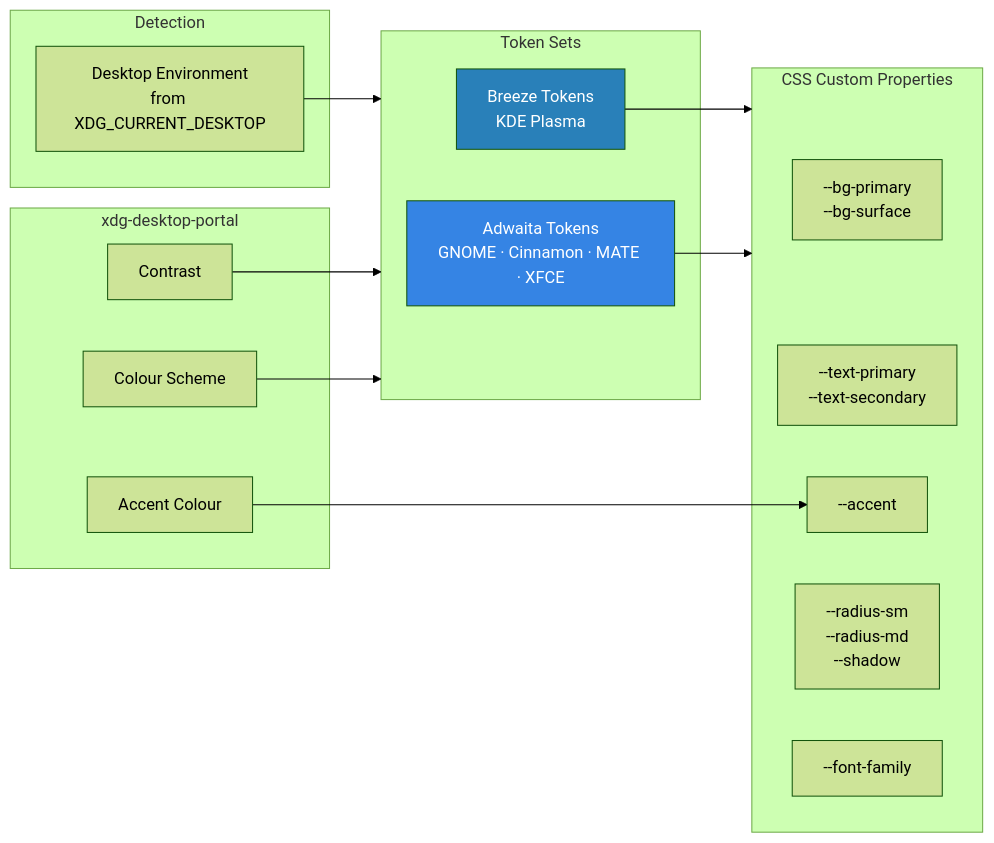
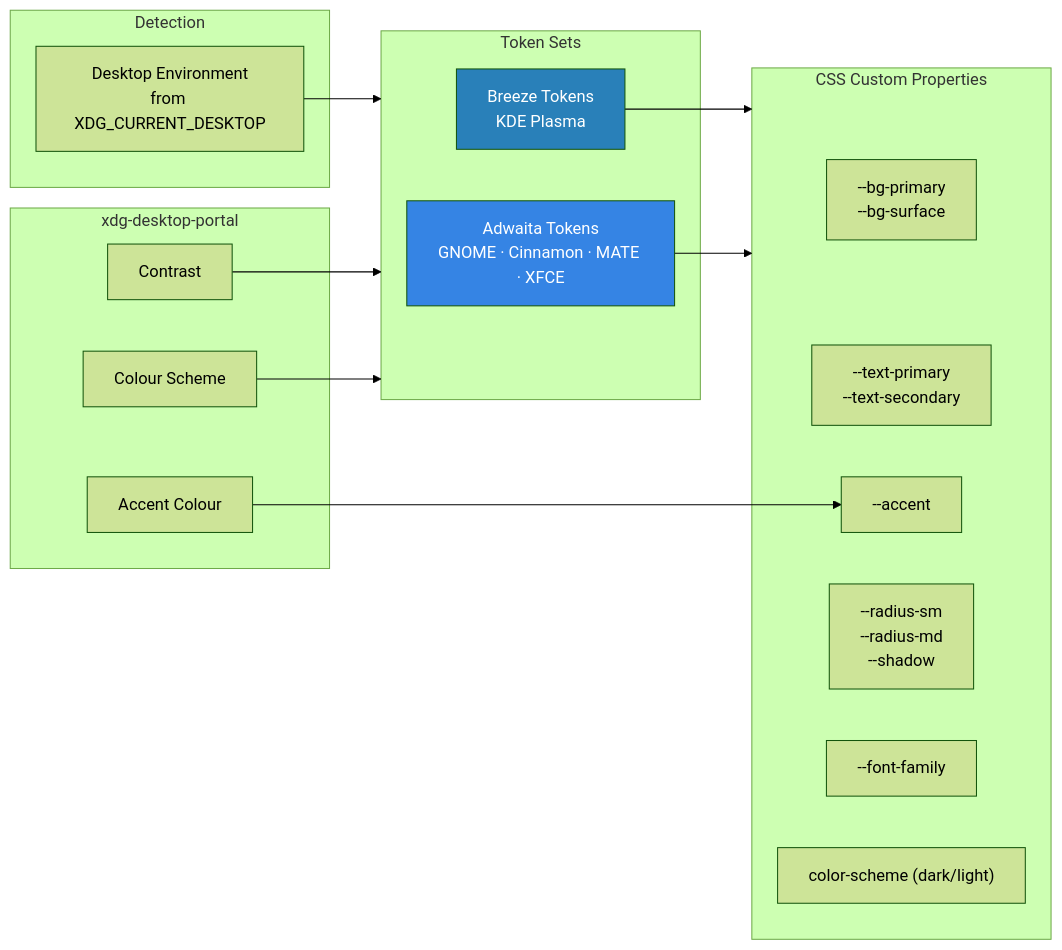
The tenth of 10 diagrams in docs/architecture.md (liminal-hq/emoji-nook), drawn with Mermaid (forest theme) before and after one commit. The commit also changed other lines of this file and 6 other files, not shown here.

First line of the commit message:
docs: update architecture and add animated SVG diagrams

````diff
--- a/docs/architecture.md
+++ b/docs/architecture.md
@@ -260,36 +402,37 @@
 ```mermaid
 graph LR
     subgraph Portal["xdg-desktop-portal"]
         CS[Colour Scheme]
         AC[Accent Colour]
         CO[Contrast]
     end
 
     subgraph Detection
-        DE[Desktop Environment<br/>from XDG_CURRENT_DESKTOP]
+        DE["Desktop Environment<br/>from XDG_CURRENT_DESKTOP"]
     end
 
     subgraph TokenSets["Token Sets"]
         Adwaita["Adwaita Tokens<br/>GNOME · Cinnamon · MATE · XFCE"]
         Breeze["Breeze Tokens<br/>KDE Plasma"]
     end
 
     subgraph CSSProps["CSS Custom Properties"]
         BG["--bg-primary<br/>--bg-surface"]
         Text["--text-primary<br/>--text-secondary"]
         Accent["--accent"]
         Shape["--radius-sm<br/>--radius-md<br/>--shadow"]
         Font["--font-family"]
+        ColorScheme["color-scheme (dark/light)"]
     end
 
     CS --> TokenSets
     AC --> Accent
     CO --> TokenSets
     DE --> TokenSets
 
     Adwaita --> CSSProps
     Breeze --> CSSProps
 
     style Adwaita fill:#3584e4,color:#fff
     style Breeze fill:#2980b9,color:#fff
 ```
````
